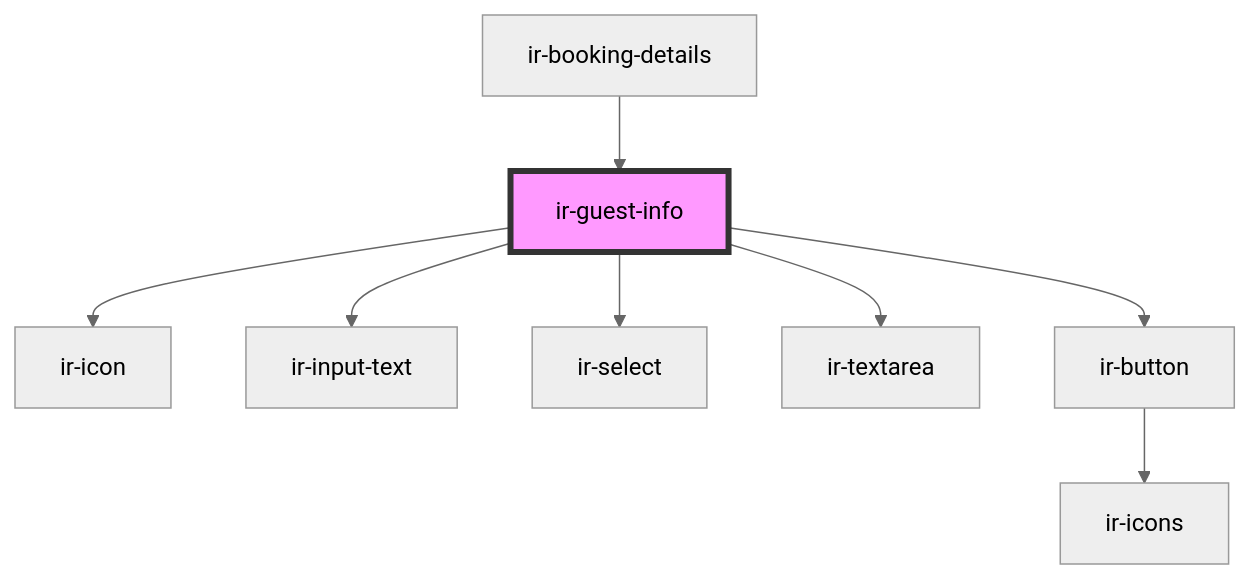
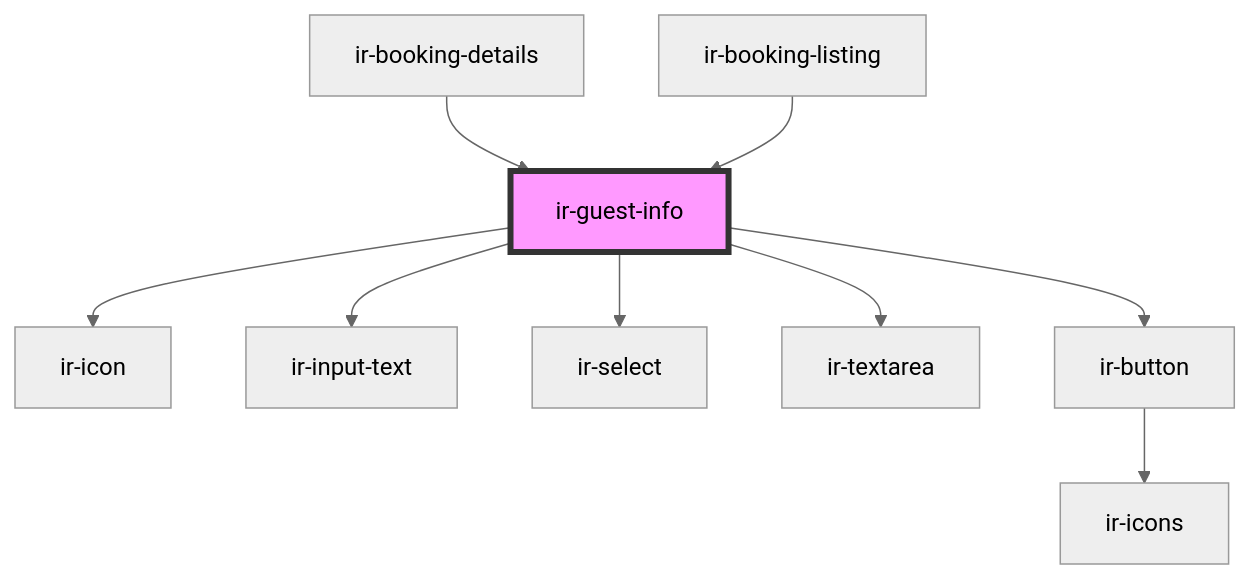
Before and after one commit to David1Chowaifaty/modified-ir-webcmp: the diagram in src/components/ir-guest-info/readme.md, drawn with Mermaid (neutral theme). The commit also changed other lines of this file and 17 other files, not shown here.

````diff
--- a/src/components/ir-guest-info/readme.md
+++ b/src/components/ir-guest-info/readme.md
@@ -42,11 +43,12 @@
 ```mermaid
 graph TD;
   ir-guest-info --> ir-icon
   ir-guest-info --> ir-input-text
   ir-guest-info --> ir-select
   ir-guest-info --> ir-textarea
   ir-guest-info --> ir-button
   ir-button --> ir-icons
   ir-booking-details --> ir-guest-info
+  ir-booking-listing --> ir-guest-info
   style ir-guest-info fill:#f9f,stroke:#333,stroke-width:4px
 ```
````
